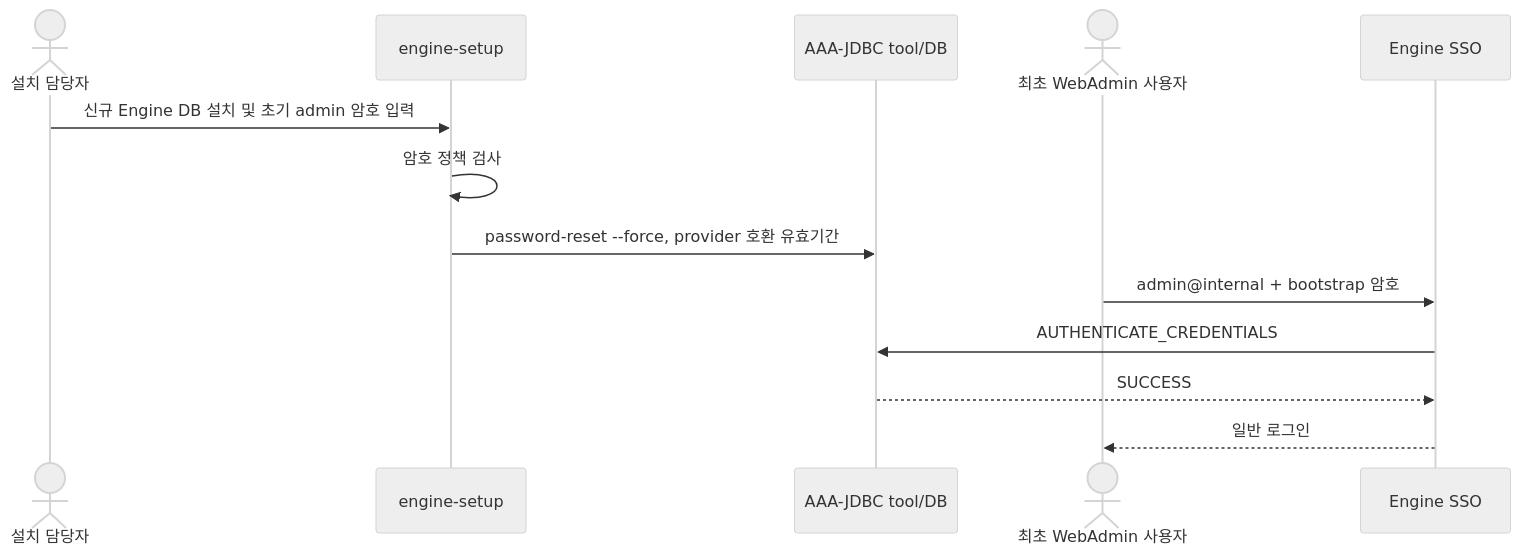
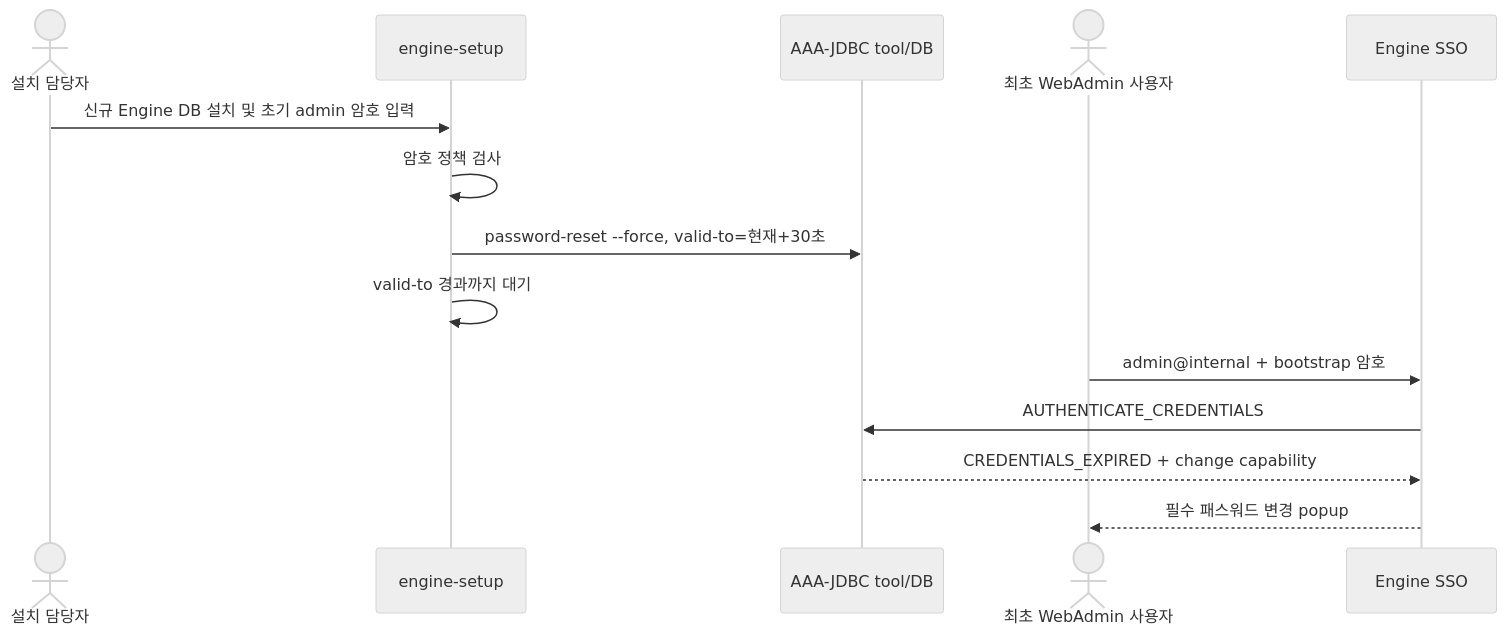
One commit to mussosinsa/ovworks4.5 changed the diagram in docs/first-webadmin-login-password-change.md. Above: the diagram before and after it, drawn with Mermaid (neutral theme). The commit also changed other lines of this file and 1 other file, not shown here.

Commit message:
Expire bootstrap credentials after valid creation

````diff
--- a/docs/first-webadmin-login-password-change.md
+++ b/docs/first-webadmin-login-password-change.md
@@ -46,16 +45,17 @@
 ```mermaid
 sequenceDiagram
     actor I as 설치 담당자
     participant E as engine-setup
     participant J as AAA-JDBC tool/DB
     actor U as 최초 WebAdmin 사용자
     participant S as Engine SSO
 
     I->>E: 신규 Engine DB 설치 및 초기 admin 암호 입력
     E->>E: 암호 정책 검사
-    E->>J: password-reset --force, provider 호환 유효기간
+    E->>J: password-reset --force, valid-to=현재+30초
+    E->>E: valid-to 경과까지 대기
     U->>S: admin@internal + bootstrap 암호
     S->>J: AUTHENTICATE_CREDENTIALS
-    J-->>S: SUCCESS
-    S-->>U: 일반 로그인
+    J-->>S: CREDENTIALS_EXPIRED + change capability
+    S-->>U: 필수 패스워드 변경 popup
 ```
````
